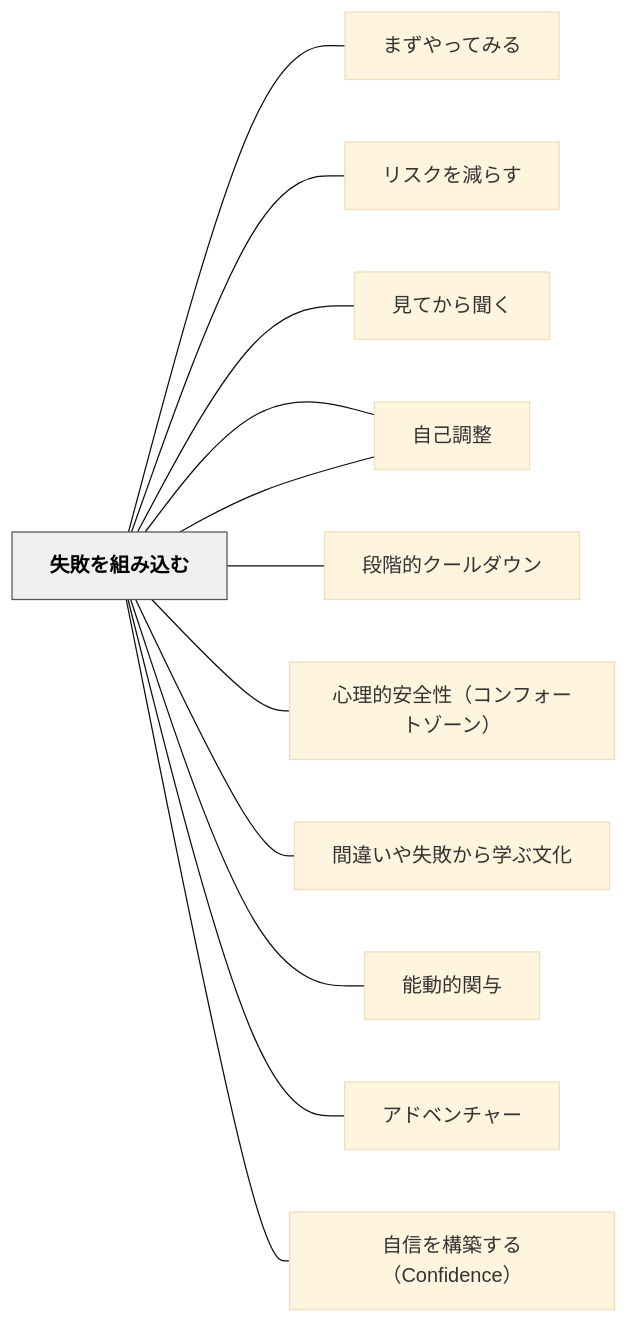
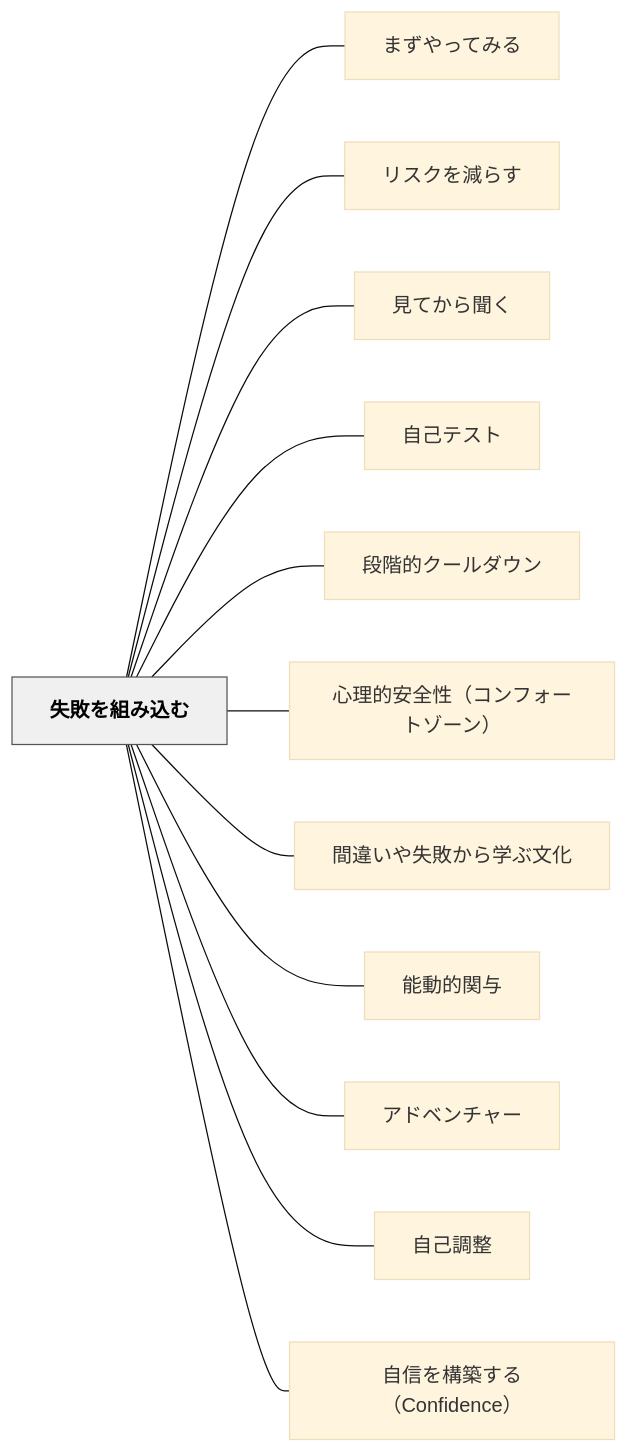
Before and after one commit to unknownthings-ed-patterns/unknownthings-ed-patterns: the diagram in content/パタン/失敗を組み込む.md, drawn with Mermaid (base theme). The commit also changed 527 other files, not shown here.

````diff
--- a/content/パタン/失敗を組み込む.md
+++ b/content/パタン/失敗を組み込む.md
@@ -93,30 +93,30 @@
 ```mermaid
 flowchart LR
-    ne5a4b1e69597["失敗を組み込む"]
-    ne381bee3819a["まずやってみる"]
-    ne383aae382b9["リスクを減らす"]
-    ne8a68be381a6["見てから聞く"]
-    ne887aae5b7b1["自己テスト"]
-    ne6aeb5e99a8e["段階的クールダウン"]
-    ne5bf83e79086["心理的安全性（コンフォートゾーン）"]
-    ne99693e98195["間違いや失敗から学ぶ文化"]
-    ne883bde58b95["能動的関与"]
-    ne382a2e38389["アドベンチャー"]
-    ne887aae5b7b1["自己調整"]
-    ne887aae4bfa1["自信を構築する（Confidence）"]
+    ne5a4b1e69597e38292e7b584e381bfe8bebce38280["失敗を組み込む"]
+    ne381bee3819ae38284e381a3e381a6e381bfe3828b["まずやってみる"]
+    ne383aae382b9e382afe38292e6b89be38289e38199["リスクを減らす"]
+    ne8a68be381a6e3818be38289e8819ee3818f["見てから聞く"]
+    ne887aae5b7b1e38386e382b9e38388["自己テスト"]
+    ne6aeb5e99a8ee79a84e382afe383bce383abe38380e382a6e383b3["段階的クールダウン"]
+    ne5bf83e79086e79a84e5ae89e585a8e680a7efbc88e382b3e383b3e38395e382a9e383bce38388e382bee383bce383b3efbc89["心理的安全性（コンフォートゾーン）"]
+    ne99693e98195e38184e38284e5a4b1e69597e3818be38289e5ada6e381b6e69687e58c96["間違いや失敗から学ぶ文化"]
+    ne883bde58b95e79a84e996a2e4b88e["能動的関与"]
+    ne382a2e38389e38399e383b3e38381e383a3e383bc["アドベンチャー"]
+    ne887aae5b7b1e8aabfe695b4["自己調整"]
+    ne887aae4bfa1e38292e6a78be7af89e38199e3828befbc88436f6e666964656e6365efbc89["自信を構築する（Confidence）"]
 
-    ne5a4b1e69597 --- ne381bee3819a
-    ne5a4b1e69597 --- ne383aae382b9
-    ne5a4b1e69597 --- ne8a68be381a6
-    ne5a4b1e69597 --- ne887aae5b7b1
-    ne5a4b1e69597 --- ne6aeb5e99a8e
-    ne5a4b1e69597 --- ne5bf83e79086
-    ne5a4b1e69597 --- ne99693e98195
-    ne5a4b1e69597 --- ne883bde58b95
-    ne5a4b1e69597 --- ne382a2e38389
-    ne5a4b1e69597 --- ne887aae5b7b1
-    ne5a4b1e69597 --- ne887aae4bfa1
+    ne5a4b1e69597e38292e7b584e381bfe8bebce38280 --- ne381bee3819ae38284e381a3e381a6e381bfe3828b
+    ne5a4b1e69597e38292e7b584e381bfe8bebce38280 --- ne383aae382b9e382afe38292e6b89be38289e38199
+    ne5a4b1e69597e38292e7b584e381bfe8bebce38280 --- ne8a68be381a6e3818be38289e8819ee3818f
+    ne5a4b1e69597e38292e7b584e381bfe8bebce38280 --- ne887aae5b7b1e38386e382b9e38388
+    ne5a4b1e69597e38292e7b584e381bfe8bebce38280 --- ne6aeb5e99a8ee79a84e382afe383bce383abe38380e382a6e383b3
+    ne5a4b1e69597e38292e7b584e381bfe8bebce38280 --- ne5bf83e79086e79a84e5ae89e585a8e680a7efbc88e382b3e383b3e38395e382a9e383bce38388e382bee383bce383b3efbc89
+    ne5a4b1e69597e38292e7b584e381bfe8bebce38280 --- ne99693e98195e38184e38284e5a4b1e69597e3818be38289e5ada6e381b6e69687e58c96
+    ne5a4b1e69597e38292e7b584e381bfe8bebce38280 --- ne883bde58b95e79a84e996a2e4b88e
+    ne5a4b1e69597e38292e7b584e381bfe8bebce38280 --- ne382a2e38389e38399e383b3e38381e383a3e383bc
+    ne5a4b1e69597e38292e7b584e381bfe8bebce38280 --- ne887aae5b7b1e8aabfe695b4
+    ne5a4b1e69597e38292e7b584e381bfe8bebce38280 --- ne887aae4bfa1e38292e6a78be7af89e38199e3828befbc88436f6e666964656e6365efbc89
 
     classDef hub fill:#f0f0f0,stroke:#555,color:#000,font-weight:bold
-    class ne5a4b1e69597 hub
+    class ne5a4b1e69597e38292e7b584e381bfe8bebce38280 hub
 ```
````
